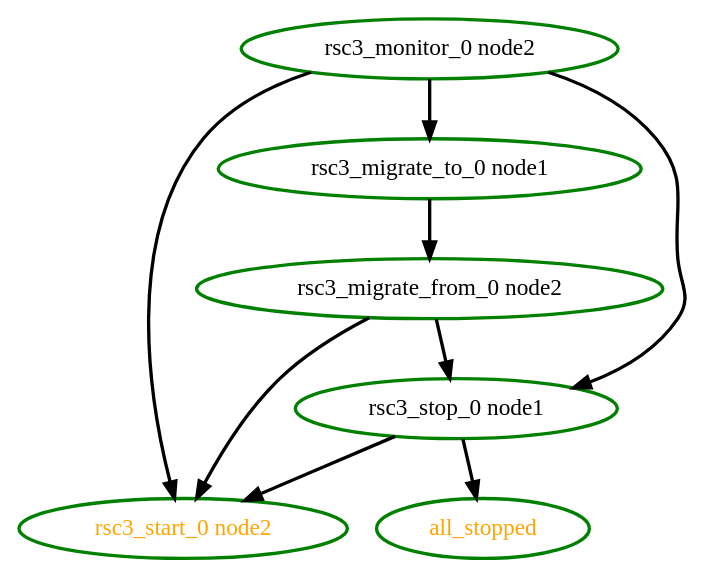
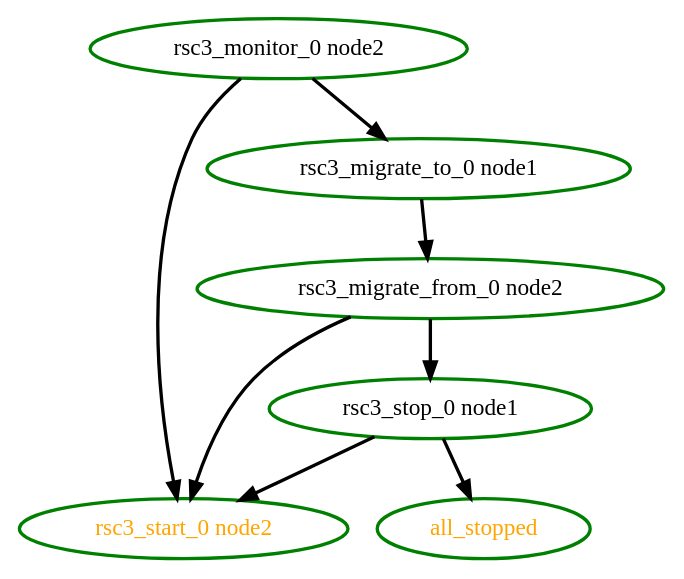
One commit to eurolinux-enterprise-linux-sources/pacemaker changed the diagram in src/pengine/test10/migrate-1.dot. Above: the diagram before and after it, drawn with Graphviz. The commit also changed 1973 other files, not shown here.

```diff
--- a/src/pengine/test10/migrate-1.dot
+++ b/src/pengine/test10/migrate-1.dot
@@ -1,16 +1,15 @@
  digraph "g" {
 "all_stopped" [ style=bold color="green" fontcolor="orange" ]
 "rsc3_migrate_from_0 node2" -> "rsc3_start_0 node2" [ style = bold]
 "rsc3_migrate_from_0 node2" -> "rsc3_stop_0 node1" [ style = bold]
 "rsc3_migrate_from_0 node2" [ style=bold color="green" fontcolor="black" ]
 "rsc3_migrate_to_0 node1" -> "rsc3_migrate_from_0 node2" [ style = bold]
 "rsc3_migrate_to_0 node1" [ style=bold color="green" fontcolor="black" ]
 "rsc3_monitor_0 node2" -> "rsc3_migrate_to_0 node1" [ style = bold]
 "rsc3_monitor_0 node2" -> "rsc3_start_0 node2" [ style = bold]
-"rsc3_monitor_0 node2" -> "rsc3_stop_0 node1" [ style = bold]
 "rsc3_monitor_0 node2" [ style=bold color="green" fontcolor="black" ]
 "rsc3_start_0 node2" [ style=bold color="green" fontcolor="orange" ]
 "rsc3_stop_0 node1" -> "all_stopped" [ style = bold]
 "rsc3_stop_0 node1" -> "rsc3_start_0 node2" [ style = bold]
 "rsc3_stop_0 node1" [ style=bold color="green" fontcolor="black" ]
 }
```
